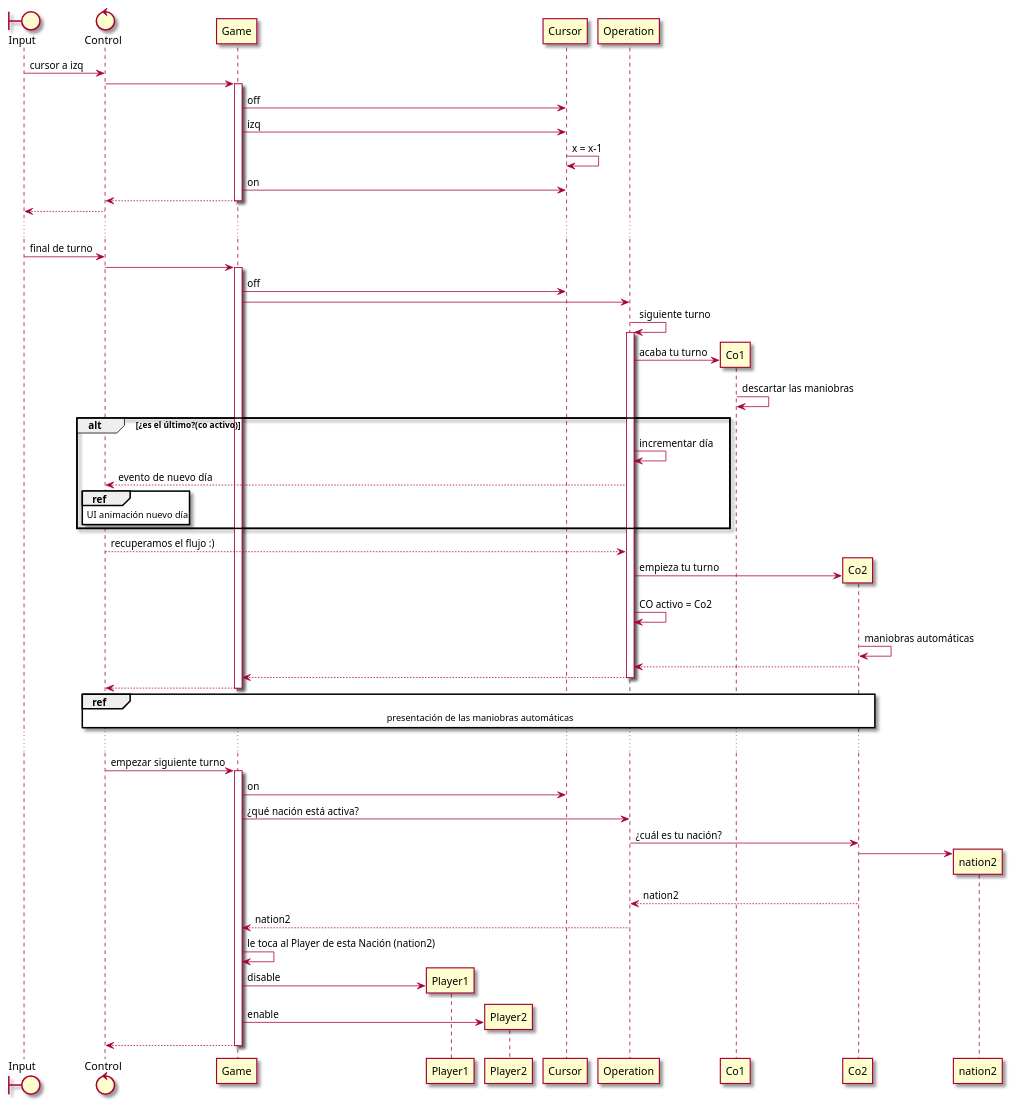
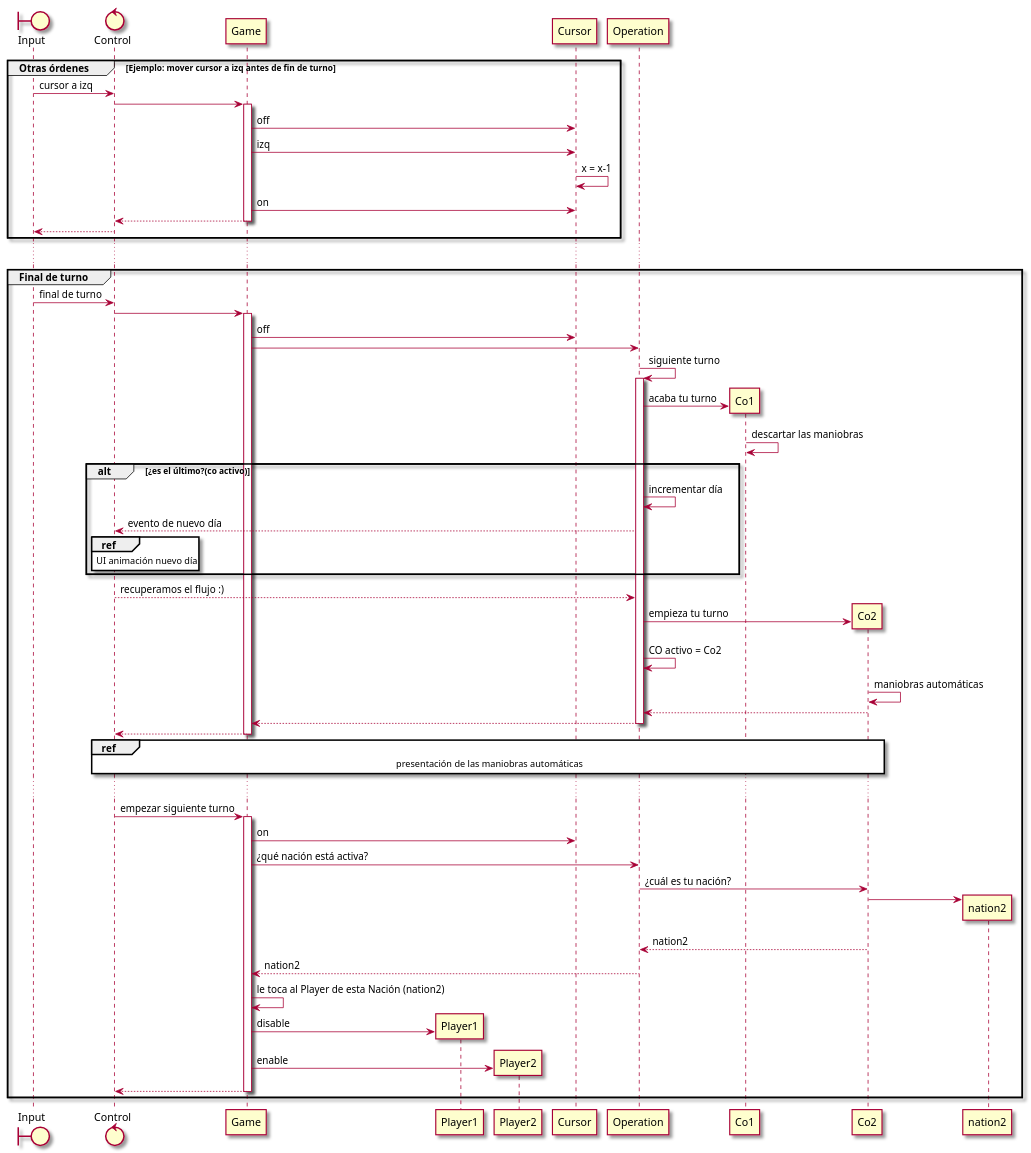
Before and after one commit to RicardoGuzmanVelasco/AdvanceWars: the diagram in Assets/AdvanceWars/Documentation~/OperationPlusGame.puml, drawn with PlantUML. The commit also changed 1 other file, not shown here.

Commit message:
docs: update operation classes diagram

```diff
--- a/Assets/AdvanceWars/Documentation~/OperationPlusGame.puml
+++ b/Assets/AdvanceWars/Documentation~/OperationPlusGame.puml
@@ -1,71 +1,76 @@
 @startuml
 skin rose
 
 boundary Input
 control Control 
 
-Input -> Control : cursor a izq
-Control -> Game
-
-activate Game
-participant Player1
-participant Player2
-
-Game -> Cursor : off
-Game -> Cursor : izq
-Cursor -> Cursor : x = x-1
-Game -> Cursor : on
-return
-
-Control --> Input
+group Otras órdenes [Ejemplo: mover cursor a izq antes de fin de turno]
+    Input -> Control : cursor a izq
+    Control -> Game
+    
+    activate Game
+    participant Player1
+    participant Player2
+    
+    
+    Game -> Cursor : off
+    Game -> Cursor : izq
+    Cursor -> Cursor : x = x-1
+    Game -> Cursor : on
+    return
+    
+    Control --> Input
+end
 
 ...
 
-Input -> Control : final de turno
-Control -> Game
-activate Game
-Game -> Cursor : off
-Game -> Operation
-
-Operation -> Operation : siguiente turno
-activate Operation
-create Co1
-Operation -> Co1 : acaba tu turno
-Co1 -> Co1 : descartar las maniobras
-
-alt ¿es el último?(co activo)
-Operation -> Operation : incrementar día
-Operation --> Control : evento de nuevo día
-ref over Control : UI animación nuevo día
+group Final de turno
+    Input -> Control : final de turno
+    Control -> Game
+    activate Game
+    Game -> Cursor : off
+    Game -> Operation
+    
+    Operation -> Operation : siguiente turno
+    activate Operation
+    create Co1
+    Operation -> Co1 : acaba tu turno
+    Co1 -> Co1 : descartar las maniobras
+    
+    alt ¿es el último?(co activo)
+    Operation -> Operation : incrementar día
+    Operation --> Control : evento de nuevo día
+    ref over Control : UI animación nuevo día
+    end
+    
+    Control --> Operation : recuperamos el flujo :)
+    create Co2
+    Operation -> Co2 : empieza tu turno 
+    Operation -> Operation : CO activo = Co2
+    Co2 -> Co2 : maniobras automáticas 
+    
+    Co2 --> Operation
+    Operation --> Game
+    deactivate Operation
+    return
+    ref over Control, Co2 : presentación de las maniobras automáticas
+    
+    ...
+    
+    Control -> Game : empezar siguiente turno
+    activate Game
+    Game -> Cursor : on
+    Game -> Operation : ¿qué nación está activa?
+    Operation -> Co2 : ¿cuál es tu nación?
+    create nation2
+    Co2 -> nation2
+    Co2 --> Operation : nation2
+    Operation --> Game : nation2
+    Game -> Game : le toca al Player de esta Nación (nation2)
+    create Player1
+    Game -> Player1 : disable
+    create Player2
+    Game -> Player2 : enable
+    return
 end
-
-Control --> Operation : recuperamos el flujo :)
-create Co2
-Operation -> Co2 : empieza tu turno 
-Operation -> Operation : CO activo = Co2
-Co2 -> Co2 : maniobras automáticas 
-
-Co2 --> Operation
-Operation --> Game
-deactivate Operation
-return
-ref over Control, Co2 : presentación de las maniobras automáticas
-
-...
-
-Control -> Game : empezar siguiente turno
-activate Game
-Game -> Cursor : on
-Game -> Operation : ¿qué nación está activa?
-Operation -> Co2 : ¿cuál es tu nación?
-create nation2
-Co2 -> nation2
-Co2 --> Operation : nation2
-Operation --> Game : nation2
-Game -> Game : le toca al Player de esta Nación (nation2)
-create Player1
-Game -> Player1 : disable
-create Player2
-Game -> Player2 : enable
-return
 @enduml
```
